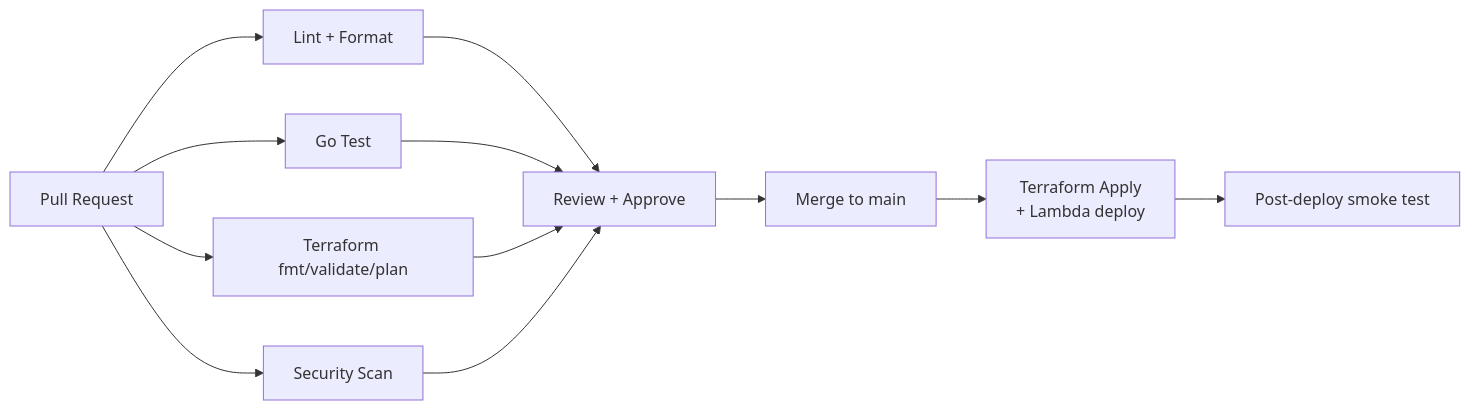
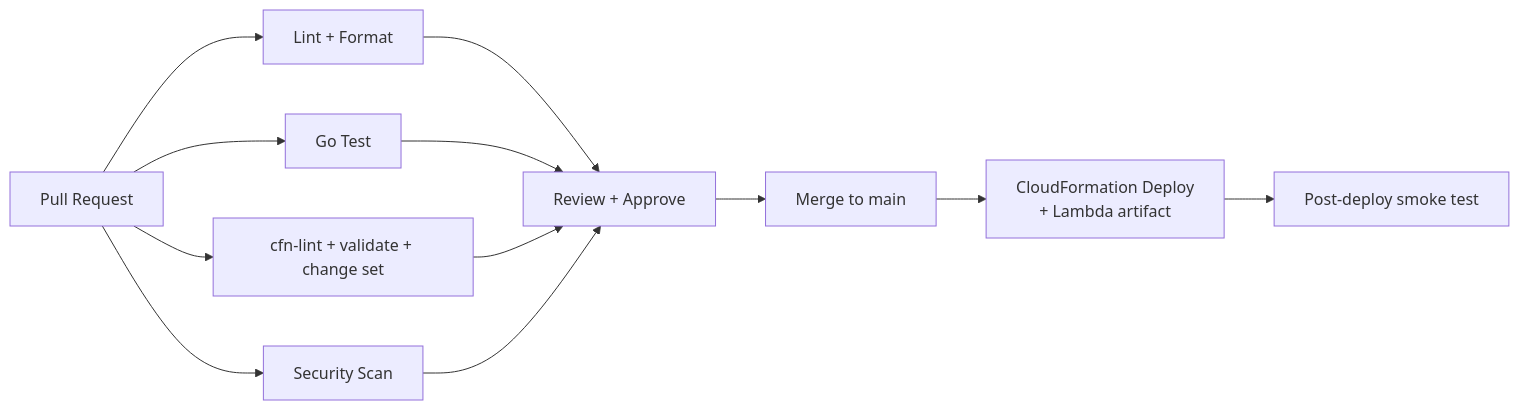
The first of 2 diagrams in docs/ci-cd.md (teddynted/ai-github-repository-blog-generator), drawn with Mermaid before and after one commit. The commit also changed other lines of this file and 11 other files, not shown here.

First line of the commit message:
docs: switch infrastructure from Terraform to AWS CloudFormation

````diff
--- a/docs/ci-cd.md
+++ b/docs/ci-cd.md
@@ -11,11 +11,11 @@
 ```mermaid
 flowchart LR
     PR[Pull Request] --> L[Lint + Format]
     PR --> T[Go Test]
-    PR --> TF[Terraform fmt/validate/plan]
+    PR --> TF[cfn-lint + validate + change set]
     PR --> SEC[Security Scan]
     L & T & TF & SEC --> REV[Review + Approve]
     REV --> MERGE[Merge to main]
-    MERGE --> APPLY[Terraform Apply<br/>+ Lambda deploy]
+    MERGE --> APPLY[CloudFormation Deploy<br/>+ Lambda artifact]
     APPLY --> VERIFY[Post-deploy smoke test]
 ```
````
